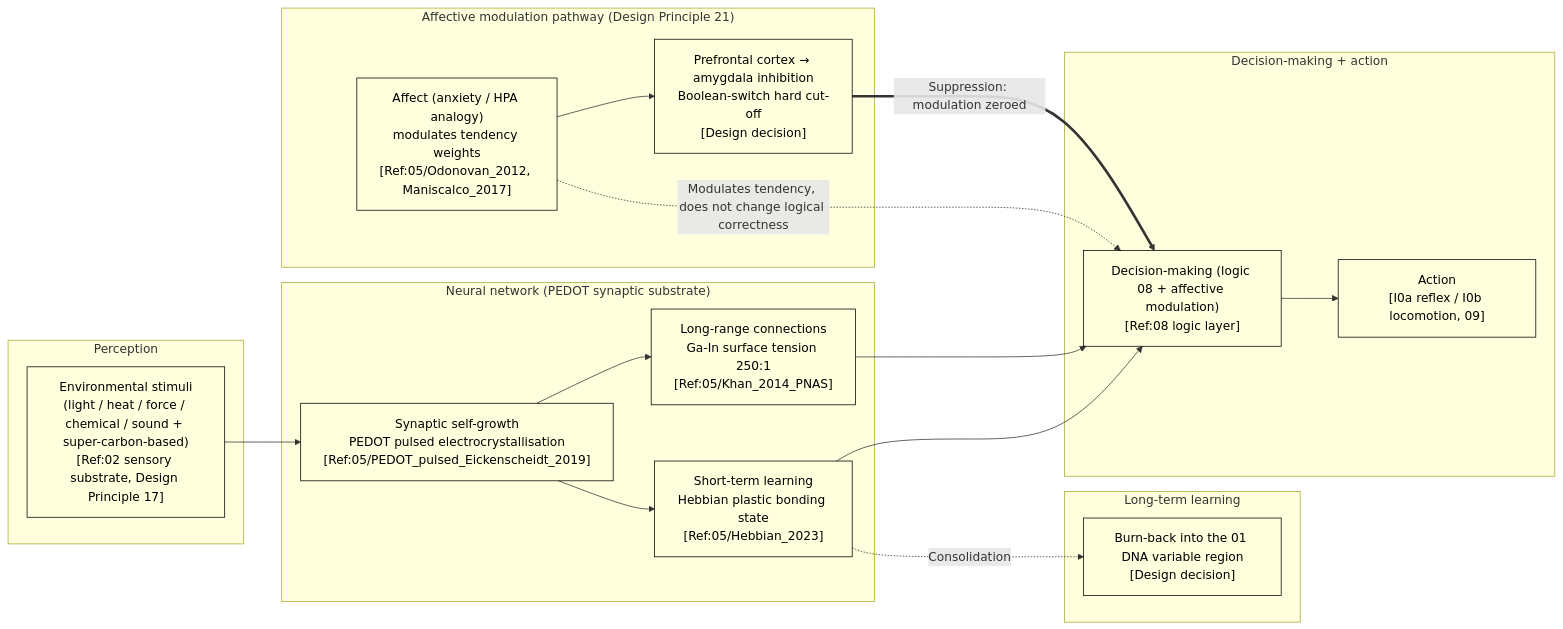
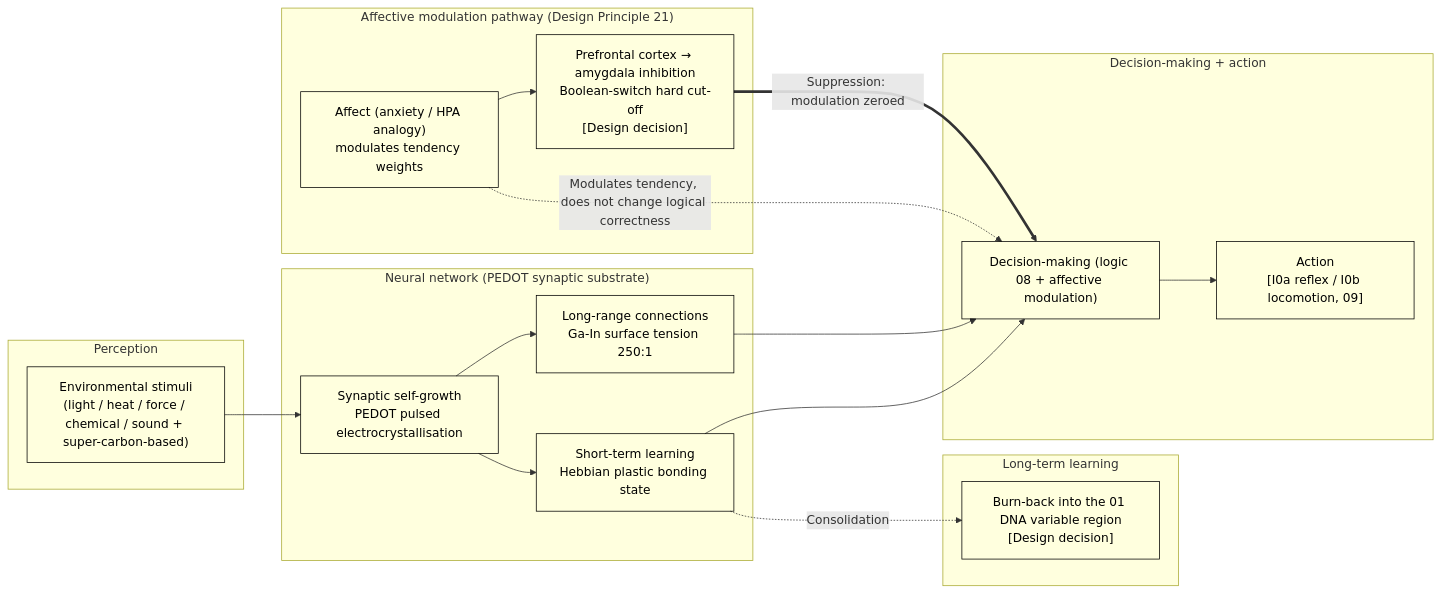
One commit to RichardASimon/Silicon-Biological-Blueprint changed the first of 2 diagrams in en-US/05-Neural-Network.md. Above: the diagram before and after it, drawn with Mermaid. The commit also changed other lines of this file and 23 other files, not shown here.

First line of the commit message:
docs: improve report formatting, table balance and diagram captions

````diff
--- a/en-US/05-Neural-Network.md
+++ b/en-US/05-Neural-Network.md
@@ -139,40 +193,40 @@
 ```mermaid
 flowchart LR
     subgraph IN["Perception"]
-        S["Environmental stimuli<br/>(light / heat / force / chemical / sound + super-carbon-based)<br/>[Ref:02 sensory substrate, Design Principle 17]"]
+        S["Environmental stimuli<br/>(light / heat / force / chemical / sound + super-carbon-based)<br/>"]
     end
 
     subgraph NET["Neural network (PEDOT synaptic substrate)"]
-        T1["Synaptic self-growth<br/>PEDOT pulsed electrocrystallisation<br/>[Ref:05/PEDOT_pulsed_Eickenscheidt_2019]"]
-        T2["Long-range connections<br/>Ga-In surface tension 250:1<br/>[Ref:05/Khan_2014_PNAS]"]
-        T3["Short-term learning<br/>Hebbian plastic bonding state<br/>[Ref:05/Hebbian_2023]"]
+        T1["Synaptic self-growth<br/>PEDOT pulsed electrocrystallisation<br/>"]
+        T2["Long-range connections<br/>Ga-In surface tension 250:1<br/>"]
+        T3["Short-term learning<br/>Hebbian plastic bonding state<br/>"]
         T1 --> T2
         T1 --> T3
     end
 
     subgraph EMOD["Affective modulation pathway (Design Principle 21)"]
-        E1["Affect (anxiety / HPA analogy)<br/>modulates tendency weights<br/>[Ref:05/Odonovan_2012, Maniscalco_2017]"]
+        E1["Affect (anxiety / HPA analogy)<br/>modulates tendency weights<br/>"]
         E2["Prefrontal cortex → amygdala inhibition<br/>Boolean-switch hard cut-off<br/>[Design decision]"]
         E1 --> E2
     end
 
     subgraph OUT["Decision-making + action"]
-        D["Decision-making (logic 08 + affective modulation)<br/>[Ref:08 logic layer]"]
+        D["Decision-making (logic 08 + affective modulation)<br/>"]
         A["Action<br/>[I0a reflex / I0b locomotion, 09]"]
         D --> A
     end
 
     S --> T1
     T2 --> D
     T3 --> D
     E1 -.->|Modulates tendency, does not change logical correctness| D
     E2 ==>|Suppression: modulation zeroed| D
 
     subgraph LONG["Long-term learning"]
         L["Burn-back into the 01 DNA variable region<br/>[Design decision]"]
     end
     T3 -.->|Consolidation| L
 
     classDef box fill:transparent,stroke:currentColor,color:currentColor
     class S,T1,T2,T3,E1,E2,D,A,L box
 ```
````
